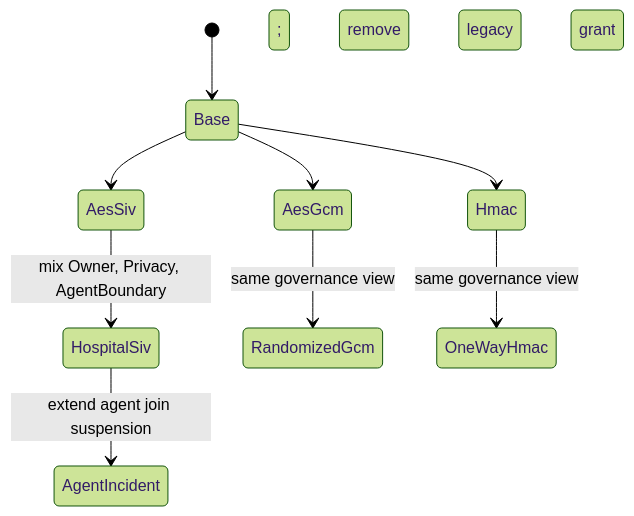
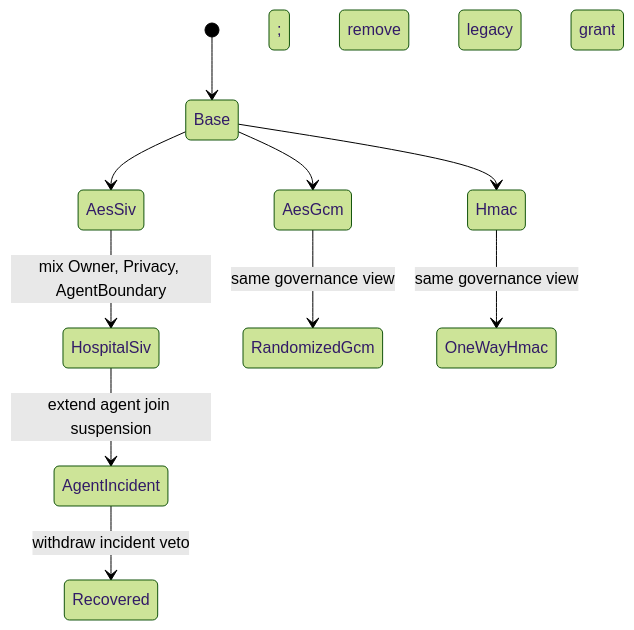
One commit to tao3k/cedar-poo-spec changed the diagram in Examples/Health/Pseudonymization/README.org. Above: the diagram before and after it, drawn with Mermaid (forest theme). The commit also changed other lines of this file and 13 other files, not shown here.

```diff
--- a/Examples/Health/Pseudonymization/README.org
+++ b/Examples/Health/Pseudonymization/README.org
@@ -44,11 +47,12 @@
 #+begin_src mermaid
 stateDiagram-v2
     [*] --> Base
     Base --> AesSiv
     Base --> AesGcm
     Base --> Hmac
     AesSiv --> HospitalSiv: mix Owner, Privacy, AgentBoundary; remove legacy grant
     AesGcm --> RandomizedGcm: same governance view
     Hmac --> OneWayHmac: same governance view
     HospitalSiv --> AgentIncident: extend agent join suspension
+    AgentIncident --> Recovered: withdraw incident veto
 #+end_src
```
